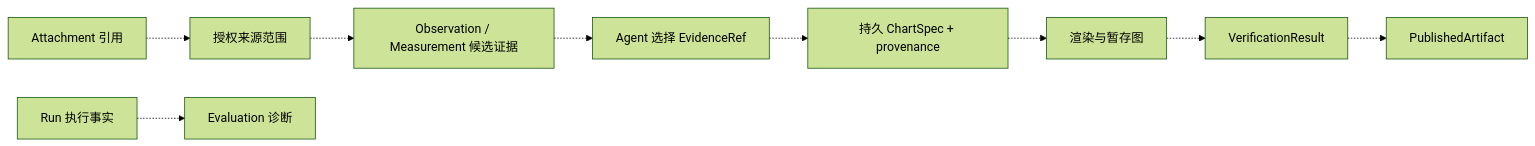
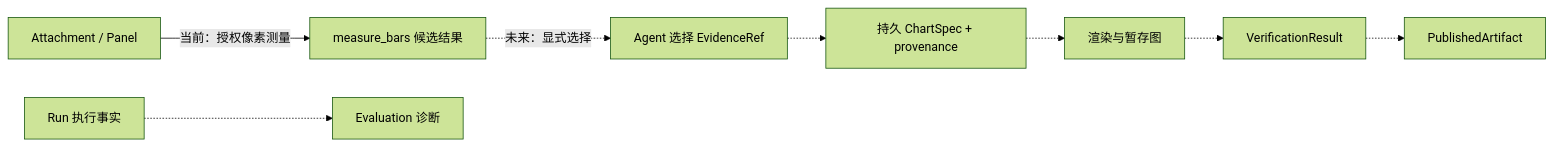
The second of 2 diagrams in docs/figura-implementation-overview.md (YeZibn/Figura), drawn with Mermaid (forest theme) before and after one commit. The commit also changed other lines of this file and 20 other files, not shown here.

Commit message:
feat(tool): 新增柱状图测量工具及执行状态投影

````diff
--- a/docs/figura-implementation-overview.md
+++ b/docs/figura-implementation-overview.md
@@ -75,11 +76,10 @@
 ```mermaid
 flowchart LR
-    Attachment[Attachment 引用] -.-> Scope[授权来源范围]
-    Scope -.-> Obs[Observation / Measurement 候选证据]
-    Obs -.-> Choice[Agent 选择 EvidenceRef]
+    Image[Attachment / Panel] -->|当前：授权像素测量| Measure[measure_bars 候选结果]
+    Measure -.->|未来：显式选择| Choice[Agent 选择 EvidenceRef]
     Choice -.-> Spec[持久 ChartSpec + provenance]
     Spec -.-> Render[渲染与暂存图]
     Render -.-> Verify[VerificationResult]
     Verify -.-> Publish[PublishedArtifact]
     Runtime[Run 执行事实] -.-> Eval[Evaluation 诊断]
 ```
````
